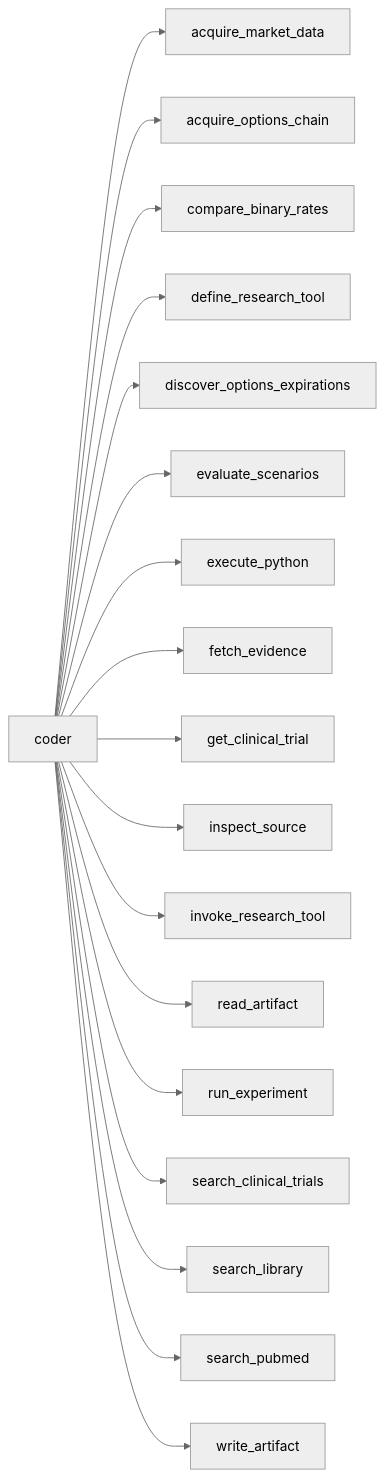
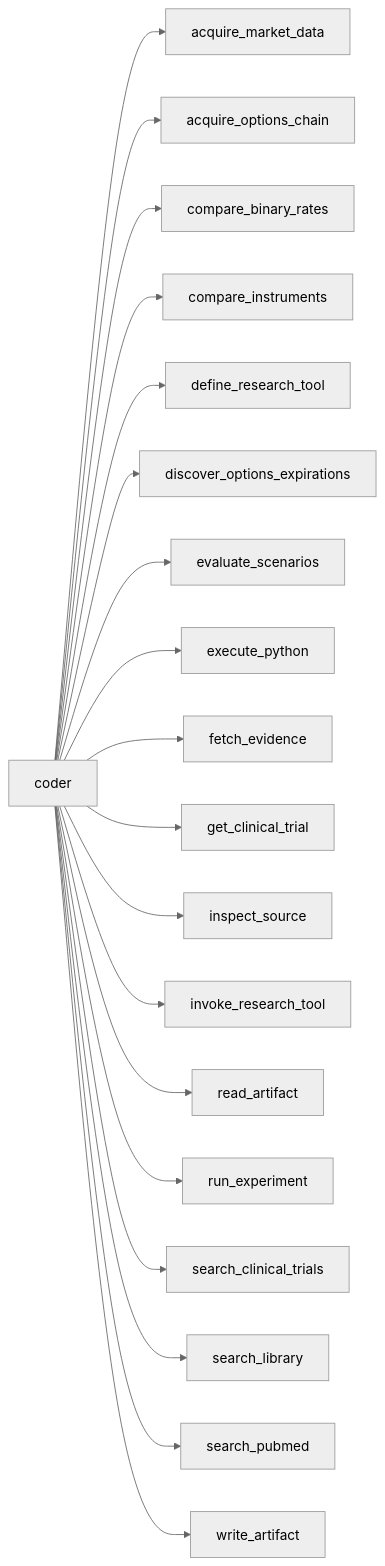
One commit to ashwindaswanibu/agentic-investment-research changed the fourth of 6 diagrams in docs/generated/agent-architecture.md. Above: the diagram before and after it, drawn with Mermaid (neutral theme). The commit also changed other lines of this file and 19 other files, not shown here.

````diff
--- a/docs/generated/agent-architecture.md
+++ b/docs/generated/agent-architecture.md
@@ -86,21 +88,22 @@
 ```mermaid
 flowchart LR
  role["coder"]
  role --> tool_acquire_market_data["acquire_market_data"]
  role --> tool_acquire_options_chain["acquire_options_chain"]
  role --> tool_compare_binary_rates["compare_binary_rates"]
+ role --> tool_compare_instruments["compare_instruments"]
  role --> tool_define_research_tool["define_research_tool"]
  role --> tool_discover_options_expirations["discover_options_expirations"]
  role --> tool_evaluate_scenarios["evaluate_scenarios"]
  role --> tool_execute_python["execute_python"]
  role --> tool_fetch_evidence["fetch_evidence"]
  role --> tool_get_clinical_trial["get_clinical_trial"]
  role --> tool_inspect_source["inspect_source"]
  role --> tool_invoke_research_tool["invoke_research_tool"]
  role --> tool_read_artifact["read_artifact"]
  role --> tool_run_experiment["run_experiment"]
  role --> tool_search_clinical_trials["search_clinical_trials"]
  role --> tool_search_library["search_library"]
  role --> tool_search_pubmed["search_pubmed"]
  role --> tool_write_artifact["write_artifact"]
 ```
````
